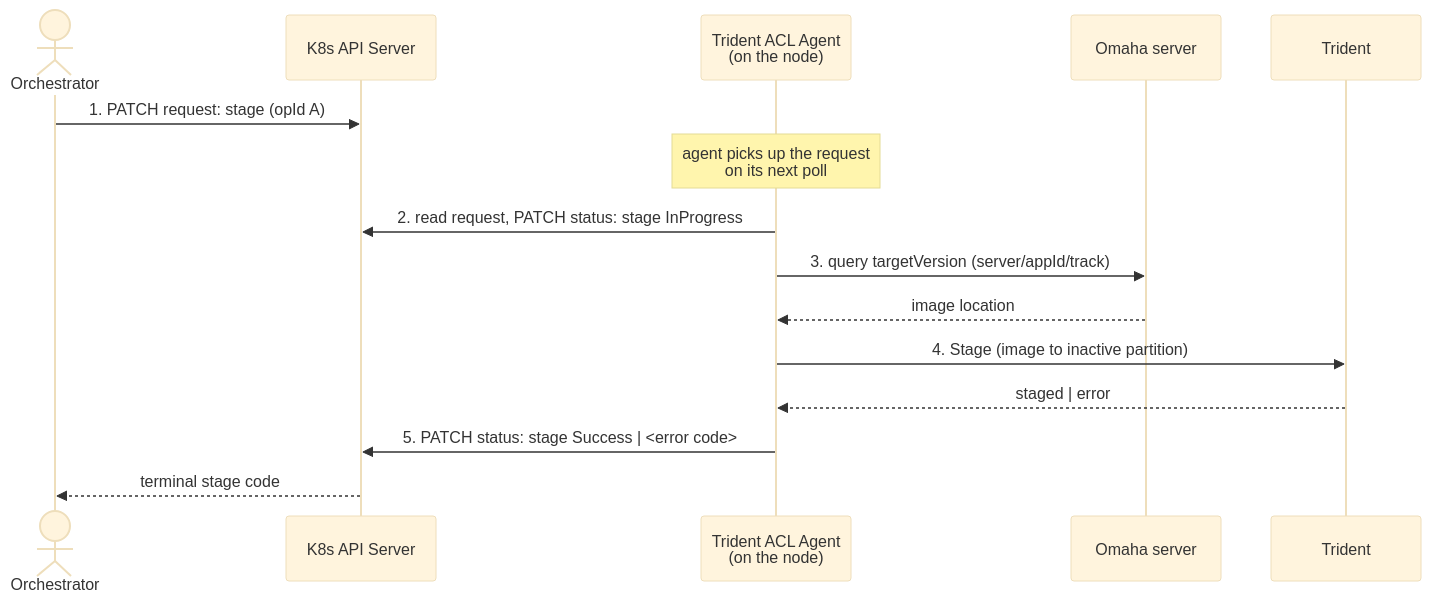
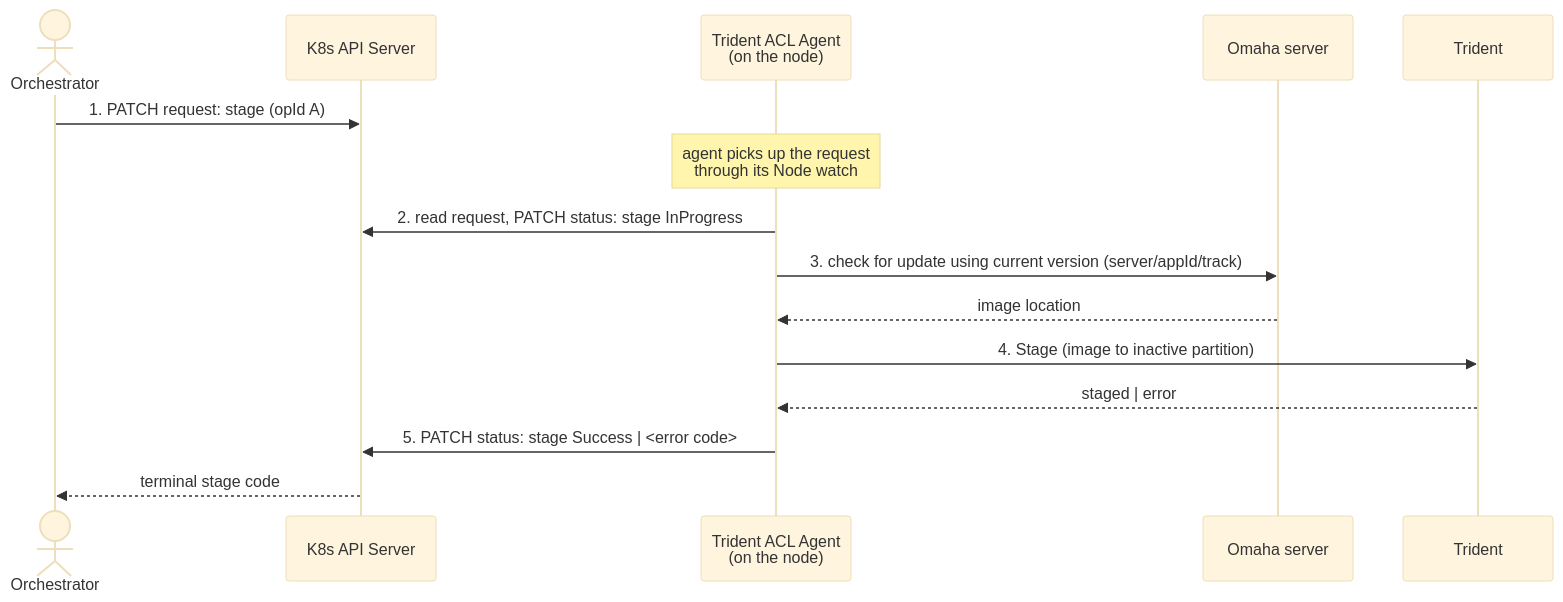
Before and after one commit to microsoft/trident: the first of 2 diagrams in docs/Explanation/Trident-ACL-Agent.md, drawn with Mermaid (base theme). The commit also changed other lines of this file, not shown here.

First line of the commit message:
docs: align ACL agent guide with cookie support and main

````diff
--- a/docs/Explanation/Trident-ACL-Agent.md
+++ b/docs/Explanation/Trident-ACL-Agent.md
@@ -117,18 +118,18 @@
 ```mermaid
 sequenceDiagram
     actor Orchestrator
     participant API as K8s API Server
     participant Agent as Trident ACL Agent<br/>(on the node)
     participant Nebraska as Omaha server
     participant Trident
 
     Orchestrator->>API: 1. PATCH request: stage (opId A)
-    Note over Agent: agent picks up the request<br/>on its next poll
+    Note over Agent: agent picks up the request<br/>through its Node watch
     Agent->>API: 2. read request, PATCH status: stage InProgress
-    Agent->>Nebraska: 3. query targetVersion (server/appId/track)
+    Agent->>Nebraska: 3. check for update using current version (server/appId/track)
     Nebraska-->>Agent: image location
     Agent->>Trident: 4. Stage (image to inactive partition)
     Trident-->>Agent: staged | error
     Agent->>API: 5. PATCH status: stage Success | <error code>
     API-->>Orchestrator: terminal stage code
 ```
````
